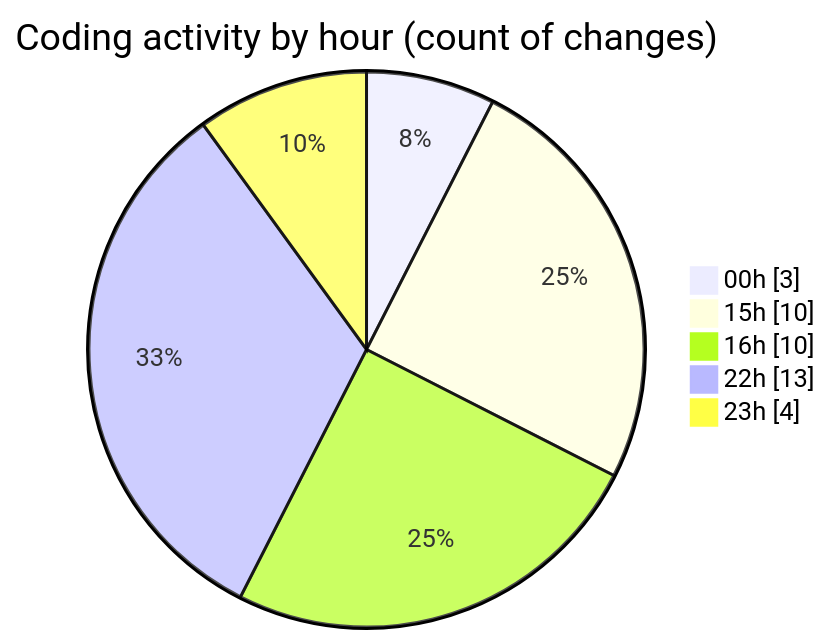
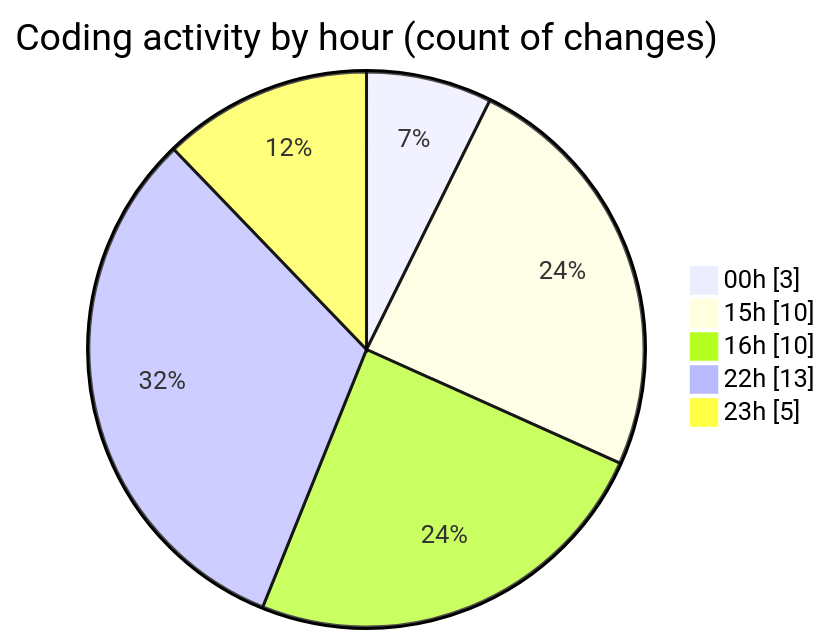
One commit to idhammustaqopulfikri/code-tracking changed the second of 2 diagrams in 2025-03-30/autodidak/README.md. Above: the diagram before and after it, drawn with Mermaid. The commit also changed other lines of this file and 1 other file, not shown here.

````diff
--- a/2025-03-30/autodidak/README.md
+++ b/2025-03-30/autodidak/README.md
@@ -37,9 +37,9 @@
 ```mermaid
 pie showData
 title Coding activity by hour (count of changes)
 "00h" : 3
 "15h" : 10
 "16h" : 10
 "22h" : 13
-"23h" : 4
+"23h" : 5
 ```
````
